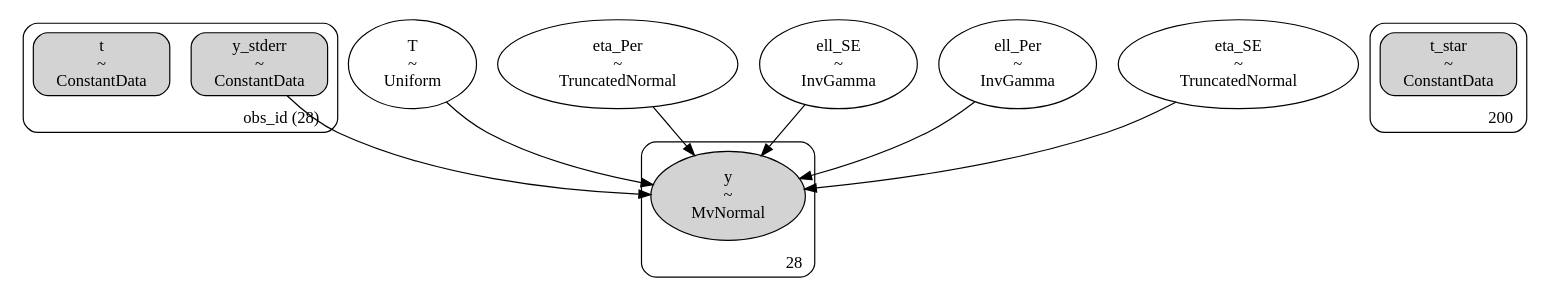
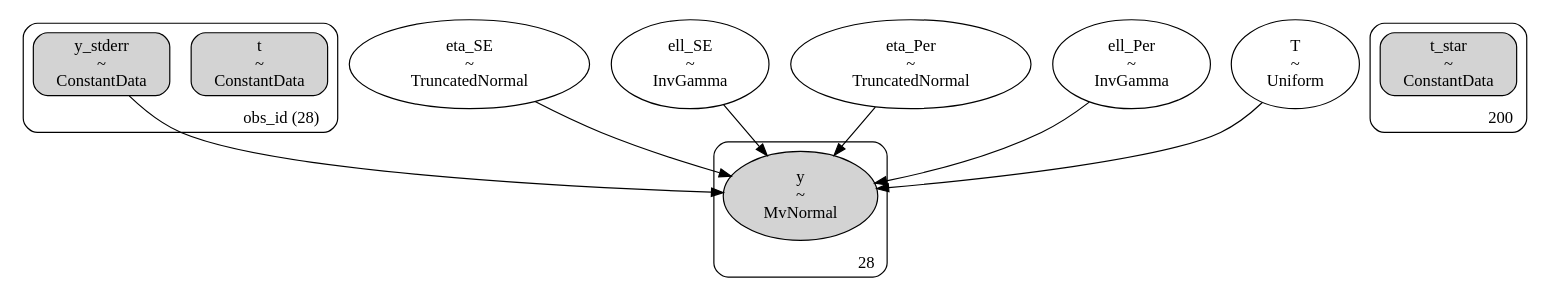
Before and after one commit to shihchingfu/gp-sandbox-thunderkat: the diagram in dags/80_ra271.352_dec-29.642_MAXIJ1803TraPDB_andersson_gpSE_gpPer_dag.dot, drawn with Graphviz. The commit also changed other lines of this file and 2 other files, not shown here.

```diff
--- a/dags/80_ra271.352_dec-29.642_MAXIJ1803TraPDB_andersson_gpSE_gpPer_dag.dot
+++ b/dags/80_ra271.352_dec-29.642_MAXIJ1803TraPDB_andersson_gpSE_gpPer_dag.dot
@@ -1,44 +1,44 @@
 digraph {
 	subgraph "clusterobs_id (28)" {
-		y_stderr [label="y_stderr
+		t [label="t
 ~
 ConstantData" shape=box style="rounded, filled"]
-		t [label="t
+		y_stderr [label="y_stderr
 ~
 ConstantData" shape=box style="rounded, filled"]
 		label="obs_id (28)" labeljust=r labelloc=b style=rounded
 	}
 	subgraph cluster200 {
 		t_star [label="t_star
 ~
 ConstantData" shape=box style="rounded, filled"]
 		label=200 labeljust=r labelloc=b style=rounded
 	}
-	T [label="T
-~
-Uniform" shape=ellipse]
-	eta_Per [label="eta_Per
+	eta_SE [label="eta_SE
 ~
 TruncatedNormal" shape=ellipse]
 	ell_SE [label="ell_SE
 ~
 InvGamma" shape=ellipse]
+	eta_Per [label="eta_Per
+~
+TruncatedNormal" shape=ellipse]
 	ell_Per [label="ell_Per
 ~
 InvGamma" shape=ellipse]
-	eta_SE [label="eta_SE
+	T [label="T
 ~
-TruncatedNormal" shape=ellipse]
+Uniform" shape=ellipse]
 	subgraph cluster28 {
 		y [label="y
 ~
 MvNormal" shape=ellipse style=filled]
 		label=28 labeljust=r labelloc=b style=rounded
 	}
+	y_stderr -> y
 	ell_SE -> y
-	T -> y
 	eta_Per -> y
-	y_stderr -> y
 	ell_Per -> y
 	eta_SE -> y
+	T -> y
 }
```
